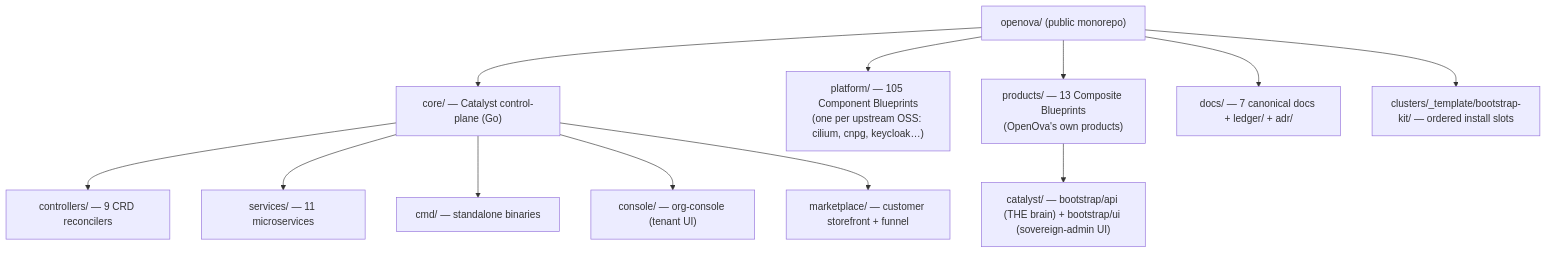
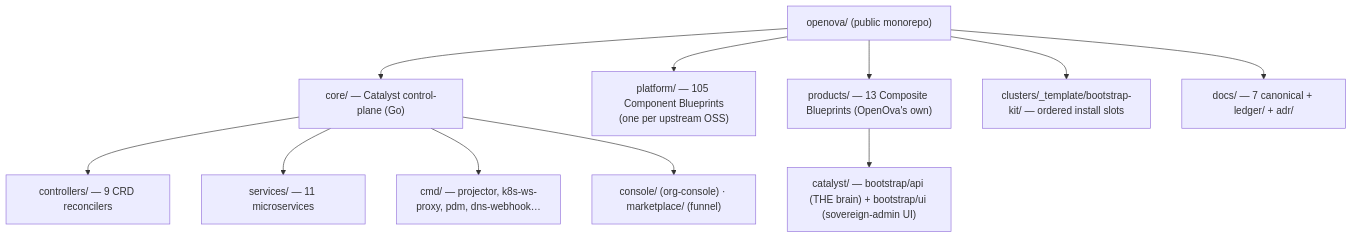
One commit to openova-io/openova changed the third of 16 diagrams in docs/SYSTEM-DESIGN.md. Above: the diagram before and after it, drawn with Mermaid. The commit also changed other lines of this file, not shown here.

````diff
--- a/docs/SYSTEM-DESIGN.md
+++ b/docs/SYSTEM-DESIGN.md
@@ -87,15 +93,14 @@
 ```mermaid
 graph TD
   ROOT["openova/ (public monorepo)"]
   ROOT --> CORE["core/ — Catalyst control-plane (Go)"]
-  ROOT --> PLAT["platform/ — 105 Component Blueprints<br/>(one per upstream OSS: cilium, cnpg, keycloak…)"]
-  ROOT --> PROD["products/ — 13 Composite Blueprints<br/>(OpenOva's own products)"]
-  ROOT --> DOCS["docs/ — 7 canonical docs + ledger/ + adr/"]
+  ROOT --> PLAT["platform/ — 105 Component Blueprints<br/>(one per upstream OSS)"]
+  ROOT --> PROD["products/ — 13 Composite Blueprints (OpenOva's own)"]
   ROOT --> CLUST["clusters/_template/bootstrap-kit/ — ordered install slots"]
+  ROOT --> DOCS["docs/ — 7 canonical + ledger/ + adr/"]
   CORE --> CTRL["controllers/ — 9 CRD reconcilers"]
   CORE --> SVC["services/ — 11 microservices"]
-  CORE --> CMD["cmd/ — standalone binaries"]
-  CORE --> CONS["console/ — org-console (tenant UI)"]
-  CORE --> MKT["marketplace/ — customer storefront + funnel"]
+  CORE --> CMDX["cmd/ — projector, k8s-ws-proxy, pdm, dns-webhook…"]
+  CORE --> FE["console/ (org-console) · marketplace/ (funnel)"]
   PROD --> CAT["catalyst/ — bootstrap/api (THE brain) + bootstrap/ui (sovereign-admin UI)"]
 ```
````
